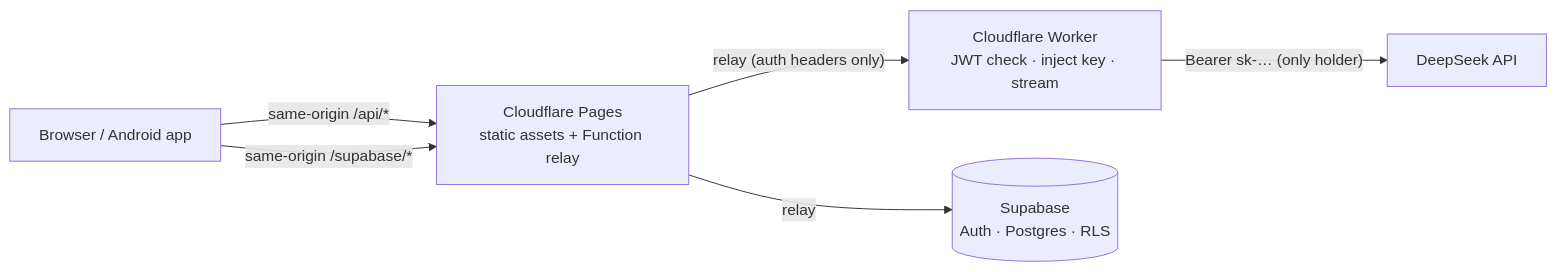
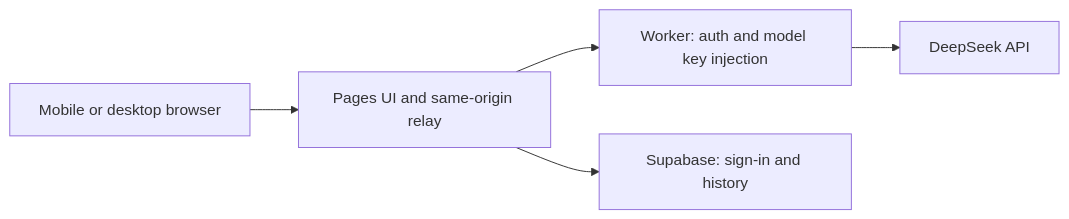
The diagram in README.en.md (pc-cccc/edu_chat), drawn with Mermaid before and after one commit. The commit also changed other lines of this file and 1 other file, not shown here.

Commit message:
docs: present verified mobile chat progress and clarify hosting costs

````diff
--- a/README.en.md
+++ b/README.en.md
@@ -33,8 +70,7 @@
 ```mermaid
 flowchart LR
-  B["Browser / Android app"] -->|"same-origin /api/*"| P["Cloudflare Pages<br/>static assets + Function relay"]
-  B -->|"same-origin /supabase/*"| P
-  P -->|"relay (auth headers only)"| W["Cloudflare Worker<br/>JWT check · inject key · stream"]
-  P -->|"relay"| S[("Supabase<br/>Auth · Postgres · RLS")]
-  W -->|"Bearer sk-… (only holder)"| D["DeepSeek API"]
+  B[Mobile or desktop browser] --> P[Pages UI and same-origin relay]
+  P --> W[Worker: auth and model key injection]
+  P --> S[Supabase: sign-in and history]
+  W --> D[DeepSeek API]
 ```
````
